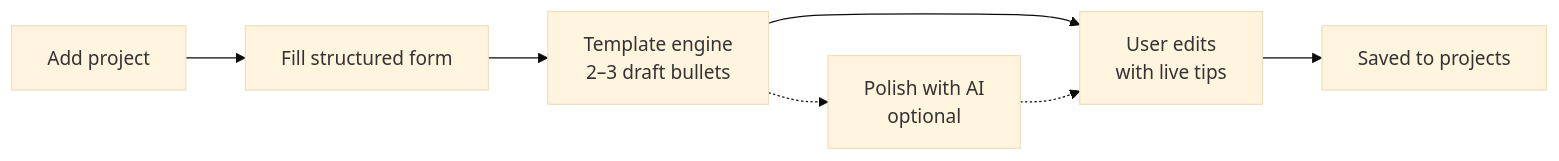
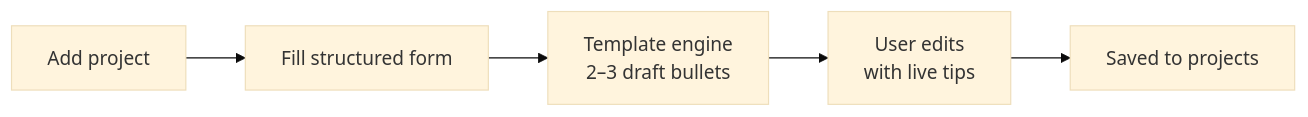
One commit to AbhaydityaPratapSingh/ai-resume-builder changed the third of 3 diagrams in ARCHITECTURE.md. Above: the diagram before and after it, drawn with Mermaid (base theme). The commit also changed other lines of this file and 1 other file, not shown here.

First line of the commit message:
Drop GitHub import and Polish-with-AI from the roadmap

````diff
--- a/ARCHITECTURE.md
+++ b/ARCHITECTURE.md
@@ -336,9 +334,7 @@
 ```mermaid
 flowchart LR
     A[Add project] --> B[Fill structured form]
     B --> C[Template engine<br/>2–3 draft bullets]
     C --> D[User edits<br/>with live tips]
     D --> E[Saved to projects]
-    C -.-> F[Polish with AI<br/>optional]
-    F -.-> D
 ```
````
